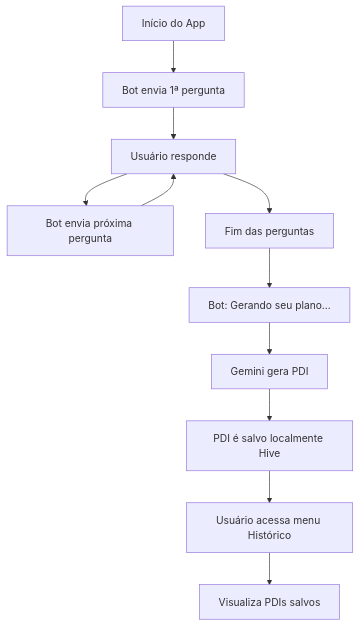
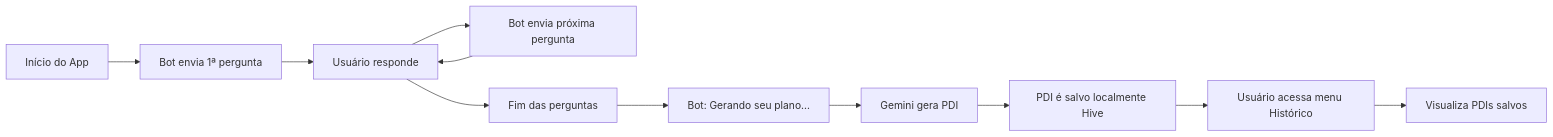
The diagram in README.md (JPCadarn/pdi_generator), drawn with Mermaid before and after one commit.

Commit message:
feat(pdi): PDI view
Created PDI view with details

`````diff
--- a/README.md
+++ b/README.md
@@ -8,13 +8,13 @@
 ```mermaid
-flowchart TD
+flowchart LR
     A[Início do App] --> B[Bot envia 1ª pergunta]
     B --> C[Usuário responde]
     C --> D[Bot envia próxima pergunta]
     D --> C
     C --> E[Fim das perguntas]
     E --> F[Bot: Gerando seu plano...]
     F --> G[Gemini gera PDI]
     G --> H[PDI é salvo localmente Hive]
     H --> I[Usuário acessa menu Histórico]
     I --> J[Visualiza PDIs salvos]
 ````
`````
